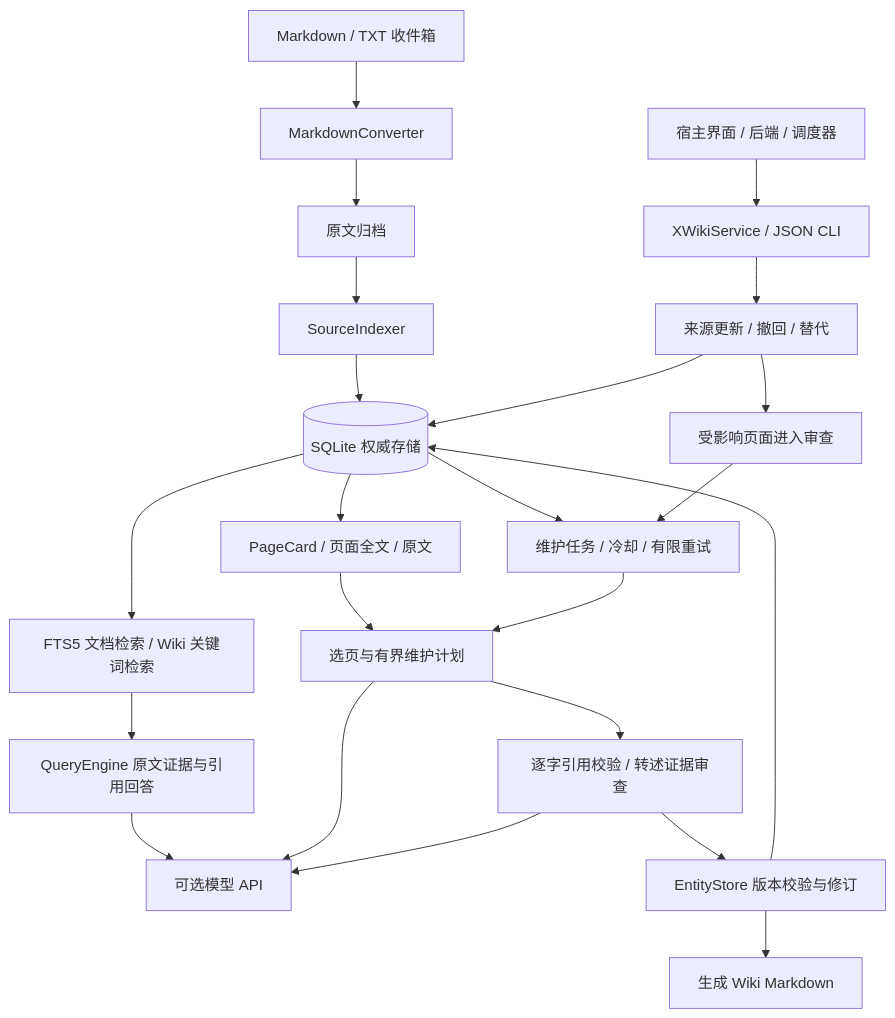
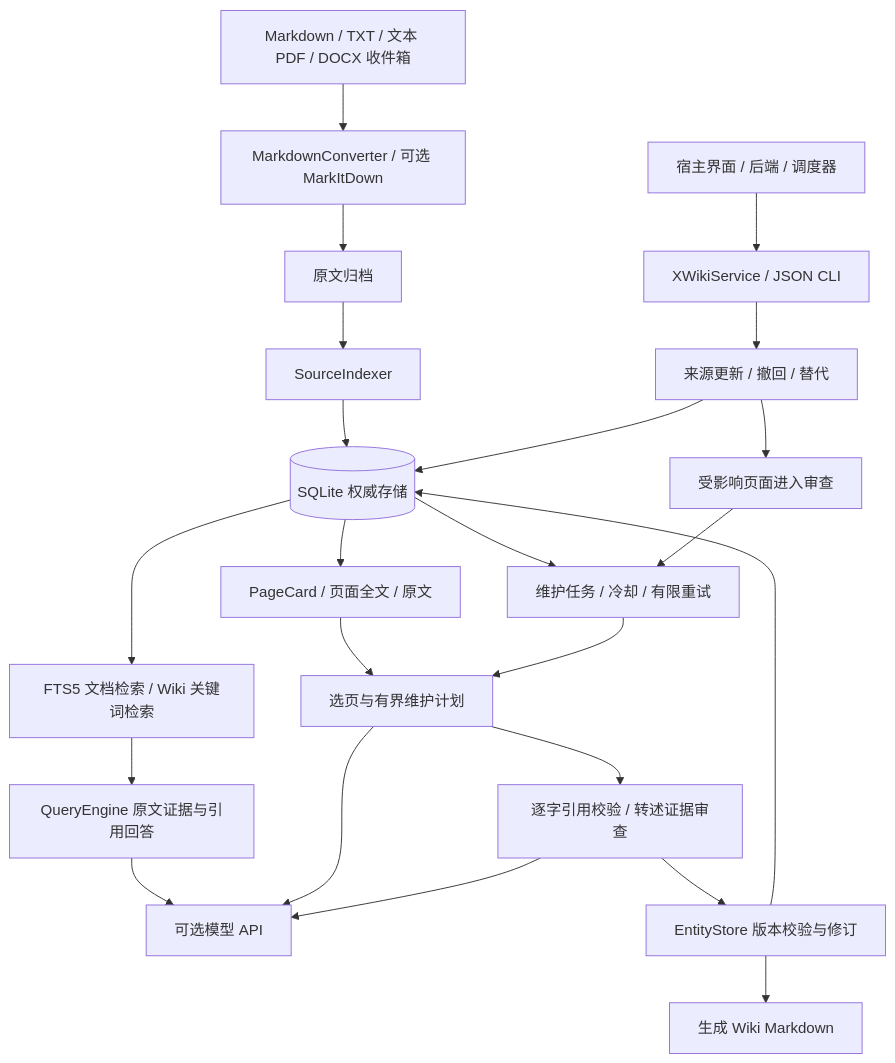
Before and after one commit to CY202227/xWiki: the diagram in docs/architecture.md, drawn with Mermaid. The commit also changed 22 other files, not shown here.

Commit message:
feat: ingest text PDF and DOCX with verified source locators

````diff
--- a/docs/architecture.md
+++ b/docs/architecture.md
@@ -5,25 +5,25 @@
 ```mermaid
 flowchart TD
     Host[宿主界面 / 后端 / 调度器] --> Service[XWikiService / JSON CLI]
-    Inbox[Markdown / TXT 收件箱] --> Convert[MarkdownConverter]
+    Inbox[Markdown / TXT / 文本 PDF / DOCX 收件箱] --> Convert[MarkdownConverter / 可选 MarkItDown]
     Convert --> Archive[原文归档]
     Archive --> Index[SourceIndexer]
     Index --> DB[(SQLite 权威存储)]
     DB --> Lexical[FTS5 文档检索 / Wiki 关键词检索]
     Lexical --> Query[QueryEngine 原文证据与引用回答]
     Query --> LLM[可选模型 API]
     DB --> Cards[PageCard / 页面全文 / 原文]
     Cards --> Plan[选页与有界维护计划]
     Plan --> Evidence[逐字引用校验 / 转述证据审查]
     Evidence --> Store[EntityStore 版本校验与修订]
     Store --> DB
     Store --> Markdown[生成 Wiki Markdown]
     DB --> Queue[维护任务 / 冷却 / 有限重试]
     Queue --> Plan
     Plan --> LLM
     Evidence --> LLM
     Service --> Lifecycle[来源更新 / 撤回 / 替代]
     Lifecycle --> DB
     Lifecycle --> Review[受影响页面进入审查]
     Review --> Queue
 ```
````
